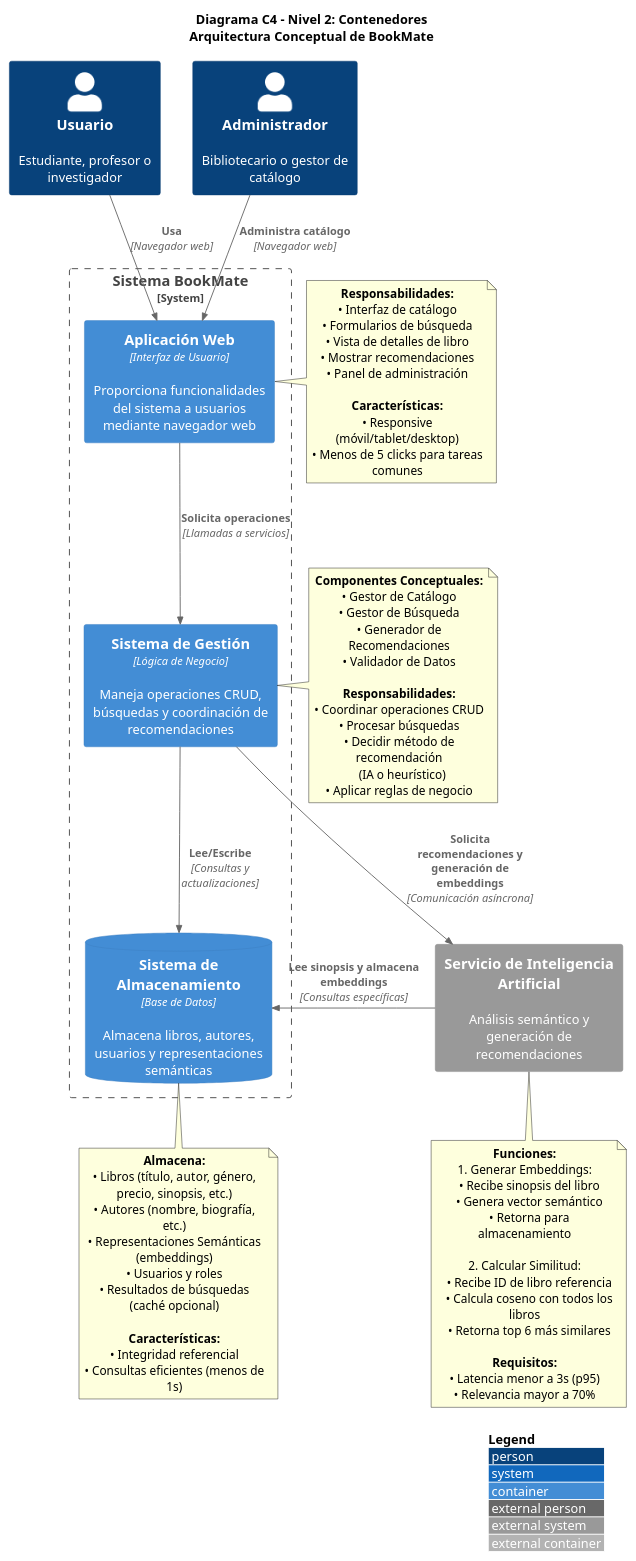
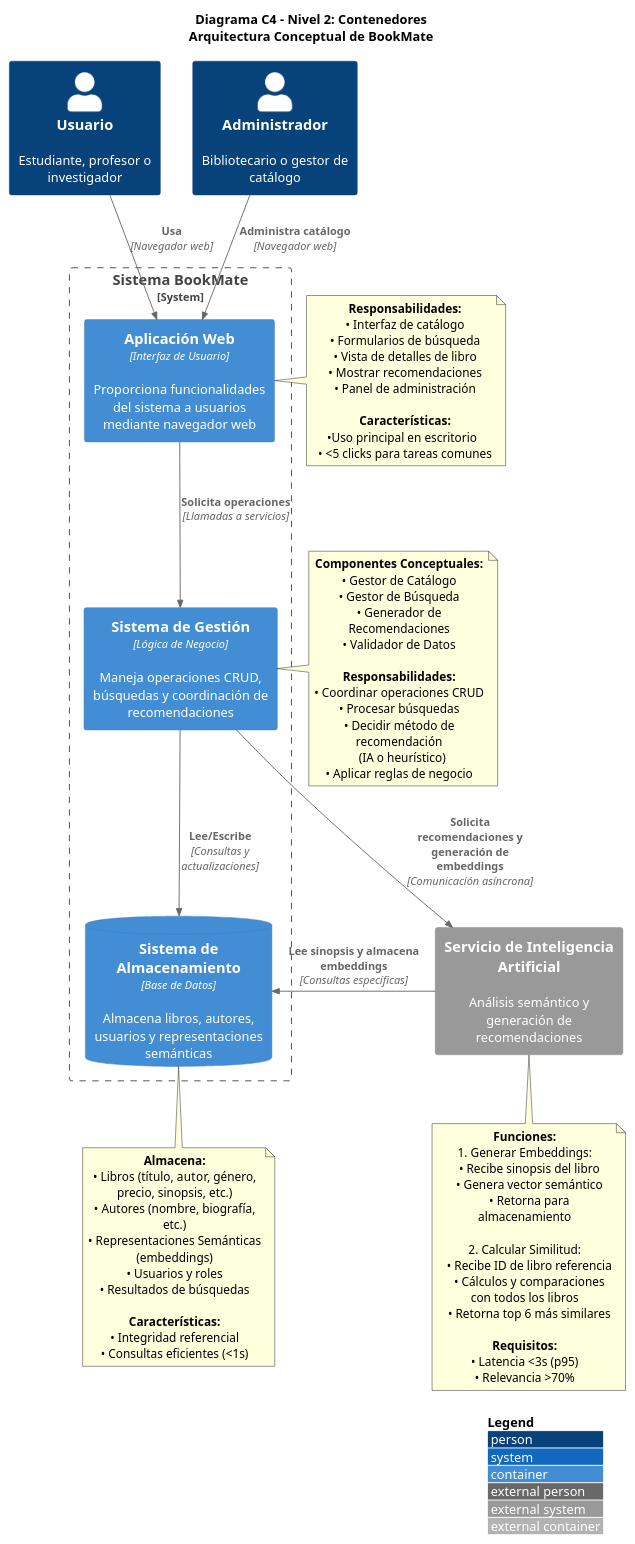
Before and after one commit to Gustavoivand/Grupo-6-version-2-de-prueba: the diagram in deliverables/semana_11/c4_contenedores.puml, drawn with PlantUML.

```diff
--- a/deliverables/semana_11/c4_contenedores.puml
+++ b/deliverables/semana_11/c4_contenedores.puml
@@ -1,99 +1,91 @@
-@startuml c4_contenedores_bookmate
-' ============================================================================
-' DIAGRAMA C4 - NIVEL 2: CONTENEDORES
-' Proyecto: BookMate - Sistema de Recomendación de Libros Académicos
-' Grupo: 6
-' Universidad: UNI
-' Fase: ANÁLISIS (sin tecnologías específicas)
-' ============================================================================
+@startuml
 
 !include https://raw.githubusercontent.com/plantuml-stdlib/C4-PlantUML/master/C4_Container.puml
 
 title Diagrama C4 - Nivel 2: Contenedores\nArquitectura Conceptual de BookMate
 
 LAYOUT_WITH_LEGEND()
 
 Person(usuario, "Usuario", "Estudiante, profesor o investigador")
 Person(admin, "Administrador", "Bibliotecario o gestor de catálogo")
 
 System_Boundary(bookmate, "Sistema BookMate") {
     Container(webapp, "Aplicación Web", "Interfaz de Usuario", "Proporciona funcionalidades del sistema a usuarios mediante navegador web")
     
     Container(backend, "Sistema de Gestión", "Lógica de Negocio", "Maneja operaciones CRUD, búsquedas y coordinación de recomendaciones")
     
     ContainerDb(database, "Sistema de Almacenamiento", "Base de Datos", "Almacena libros, autores, usuarios y representaciones semánticas")
 }
 
 System_Ext(ia_service, "Servicio de Inteligencia Artificial", "Análisis semántico y generación de recomendaciones")
 
 ' Relaciones Usuario <-> Sistema
 Rel(usuario, webapp, "Usa", "Navegador web")
 Rel(admin, webapp, "Administra catálogo", "Navegador web")
 
 ' Relaciones Internas
 Rel(webapp, backend, "Solicita operaciones", "Llamadas a servicios")
 Rel(backend, database, "Lee/Escribe", "Consultas y actualizaciones")
 
 ' Relación con IA
 Rel(backend, ia_service, "Solicita recomendaciones y generación de embeddings", "Comunicación asíncrona")
 Rel(ia_service, database, "Lee sinopsis y almacena embeddings", "Consultas específicas")
 
 note right of webapp
   **Responsabilidades:**
   • Interfaz de catálogo
   • Formularios de búsqueda
   • Vista de detalles de libro
   • Mostrar recomendaciones
   • Panel de administración
   
   **Características:**
-  • Responsive (móvil/tablet/desktop)
-  • Menos de 5 clicks para tareas comunes
+•Uso principal en escritorio
+  • <5 clicks para tareas comunes
 end note
 
 note right of backend
   **Componentes Conceptuales:**
   • Gestor de Catálogo
   • Gestor de Búsqueda
   • Generador de Recomendaciones
   • Validador de Datos
   
   **Responsabilidades:**
   • Coordinar operaciones CRUD
   • Procesar búsquedas
   • Decidir método de recomendación
     (IA o heurístico)
   • Aplicar reglas de negocio
 end note
 
 note bottom of database
   **Almacena:**
   • Libros (título, autor, género, precio, sinopsis, etc.)
   • Autores (nombre, biografía, etc.)
   • Representaciones Semánticas (embeddings)
   • Usuarios y roles
-  • Resultados de búsquedas (caché opcional)
+  • Resultados de búsquedas 
   
   **Características:**
   • Integridad referencial
-  • Consultas eficientes (menos de 1s)
+  • Consultas eficientes (<1s)
 end note
 
 note bottom of ia_service
   **Funciones:**
   1. Generar Embeddings:
      • Recibe sinopsis del libro
      • Genera vector semántico
      • Retorna para almacenamiento
   
   2. Calcular Similitud:
      • Recibe ID de libro referencia
-     • Calcula coseno con todos los libros
+     • Cálculos y comparaciones con todos los libros
      • Retorna top 6 más similares
   
   **Requisitos:**
-  • Latencia menor a 3s (p95)
-  • Relevancia mayor a 70%
+  • Latencia <3s (p95)
+  • Relevancia >70%
 end note
-
 @enduml
```
